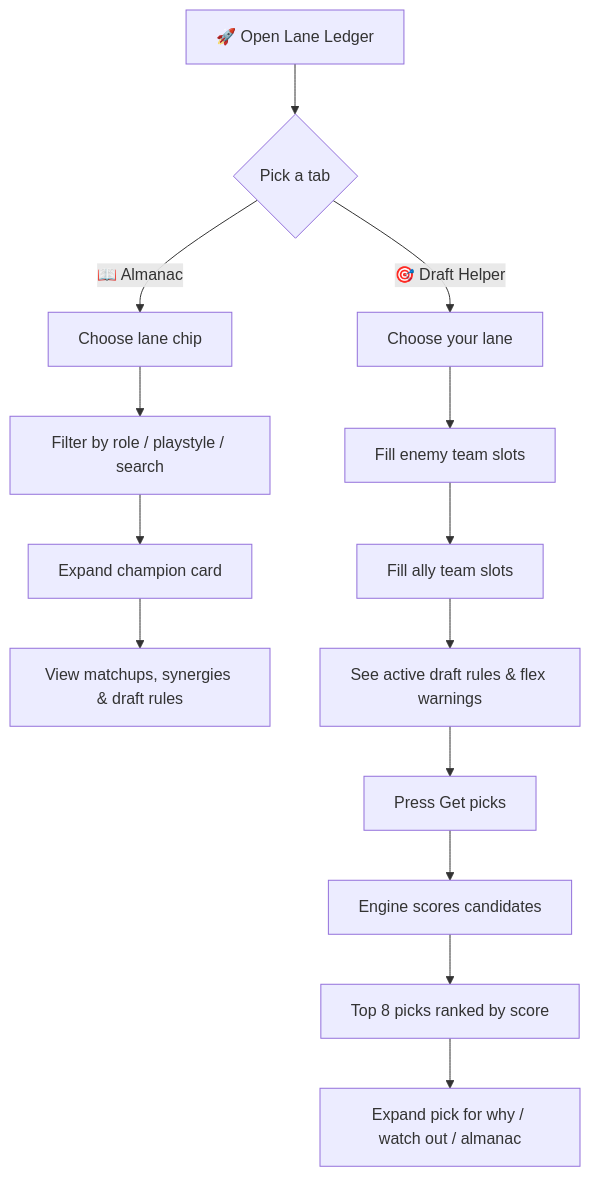
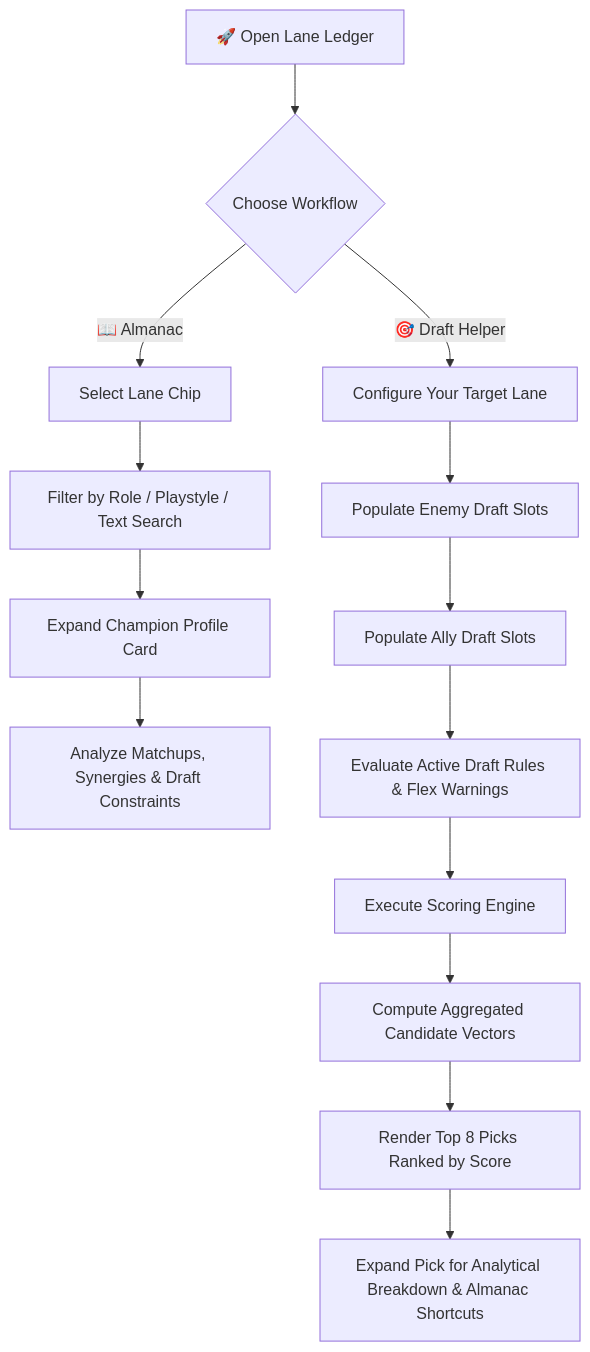
The diagram in README.md (Nazonokage/Lane-matchup-assistant), drawn with Mermaid before and after one commit. The commit also changed other lines of this file, not shown here.

````diff
--- a/README.md
+++ b/README.md
@@ -22,18 +28,18 @@
 ```mermaid
 graph TD
-    A[🚀 Open Lane Ledger] --> B{Pick a tab}
-    B -->|📖 Almanac| C[Choose lane chip]
-    B -->|🎯 Draft Helper| D[Choose your lane]
+    A[🚀 Open Lane Ledger] --> B{Choose Workflow}
+    B -->|📖 Almanac| C[Select Lane Chip]
+    B -->|🎯 Draft Helper| D[Configure Your Target Lane]
 
-    C --> E[Filter by role / playstyle / search]
-    E --> F[Expand champion card]
-    F --> G[View matchups, synergies & draft rules]
+    C --> E[Filter by Role / Playstyle / Text Search]
+    E --> F[Expand Champion Profile Card]
+    F --> G[Analyze Matchups, Synergies & Draft Constraints]
 
-    D --> H[Fill enemy team slots]
-    H --> I[Fill ally team slots]
-    I --> J[See active draft rules & flex warnings]
-    J --> K[Press Get picks]
-    K --> L[Engine scores candidates]
-    L --> M[Top 8 picks ranked by score]
-    M --> N[Expand pick for why / watch out / almanac]
+    D --> H[Populate Enemy Draft Slots]
+    H --> I[Populate Ally Draft Slots]
+    I --> J[Evaluate Active Draft Rules & Flex Warnings]
+    J --> K[Execute Scoring Engine]
+    K --> L[Compute Aggregated Candidate Vectors]
+    L --> M[Render Top 8 Picks Ranked by Score]
+    M --> N[Expand Pick for Analytical Breakdown & Almanac Shortcuts]
 ```
````
